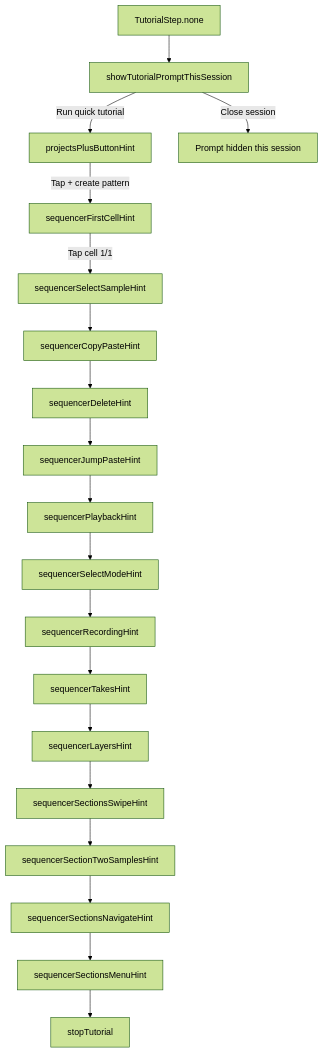
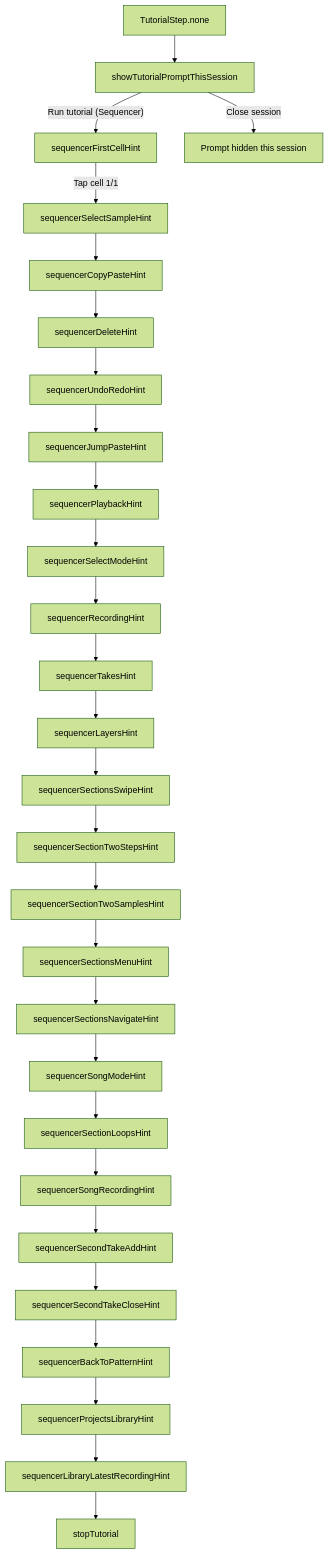
One commit to luddite478/HypnoPitch changed the first of 2 diagrams in app/docs/user_flow/first_launch_tutorial.md. Above: the diagram before and after it, drawn with Mermaid (forest theme). The commit also changed other lines of this file and 48 other files, not shown here.

````diff
--- a/app/docs/user_flow/first_launch_tutorial.md
+++ b/app/docs/user_flow/first_launch_tutorial.md
@@ -30,30 +30,38 @@
 ```mermaid
 flowchart TD
   none[TutorialStep.none]
   prompt[showTutorialPromptThisSession]
-  plus[projectsPlusButtonHint]
   cell[sequencerFirstCellHint]
   select[sequencerSelectSampleHint]
   copyPaste[sequencerCopyPasteHint]
   deleteStep[sequencerDeleteHint]
+  undoRedo[sequencerUndoRedoHint]
   jumpPaste[sequencerJumpPasteHint]
   playback[sequencerPlaybackHint]
   selectMode[sequencerSelectModeHint]
-  layers[sequencerLayersHint]
   recording[sequencerRecordingHint]
   takes[sequencerTakesHint]
+  layers[sequencerLayersHint]
   secSwipe[sequencerSectionsSwipeHint]
+  secSteps[sequencerSectionTwoStepsHint]
   secSamples[sequencerSectionTwoSamplesHint]
   secNav[sequencerSectionsNavigateHint]
   secMenu[sequencerSectionsMenuHint]
+  songMode[sequencerSongModeHint]
+  secLoops[sequencerSectionLoopsHint]
+  songRec[sequencerSongRecordingHint]
+  take2add[sequencerSecondTakeAddHint]
+  take2close[sequencerSecondTakeCloseHint]
+  backPattern[sequencerBackToPatternHint]
+  openLibrary[sequencerProjectsLibraryHint]
+  latestShare[sequencerLibraryLatestRecordingHint]
 
   none --> prompt
-  prompt -->|"Run quick tutorial"| plus
+  prompt -->|"Run tutorial (Sequencer)"| cell
   prompt -->|"Close session"| noneHide[Prompt hidden this session]
-  plus -->|"Tap + create pattern"| cell
   cell -->|"Tap cell 1/1"| select
-  select --> copyPaste --> deleteStep --> jumpPaste
+  select --> copyPaste --> deleteStep --> undoRedo --> jumpPaste
   jumpPaste --> playback --> selectMode --> recording --> takes --> layers
-  secSwipe --> secSamples --> secNav --> secMenu --> endFlow[stopTutorial]
-  layers --> secSwipe
+  layers --> secSwipe --> secSteps --> secSamples --> secMenu --> secNav --> songMode
+  songMode --> secLoops --> songRec --> take2add --> take2close --> backPattern --> openLibrary --> latestShare --> endFlow[stopTutorial]
 ```
````
